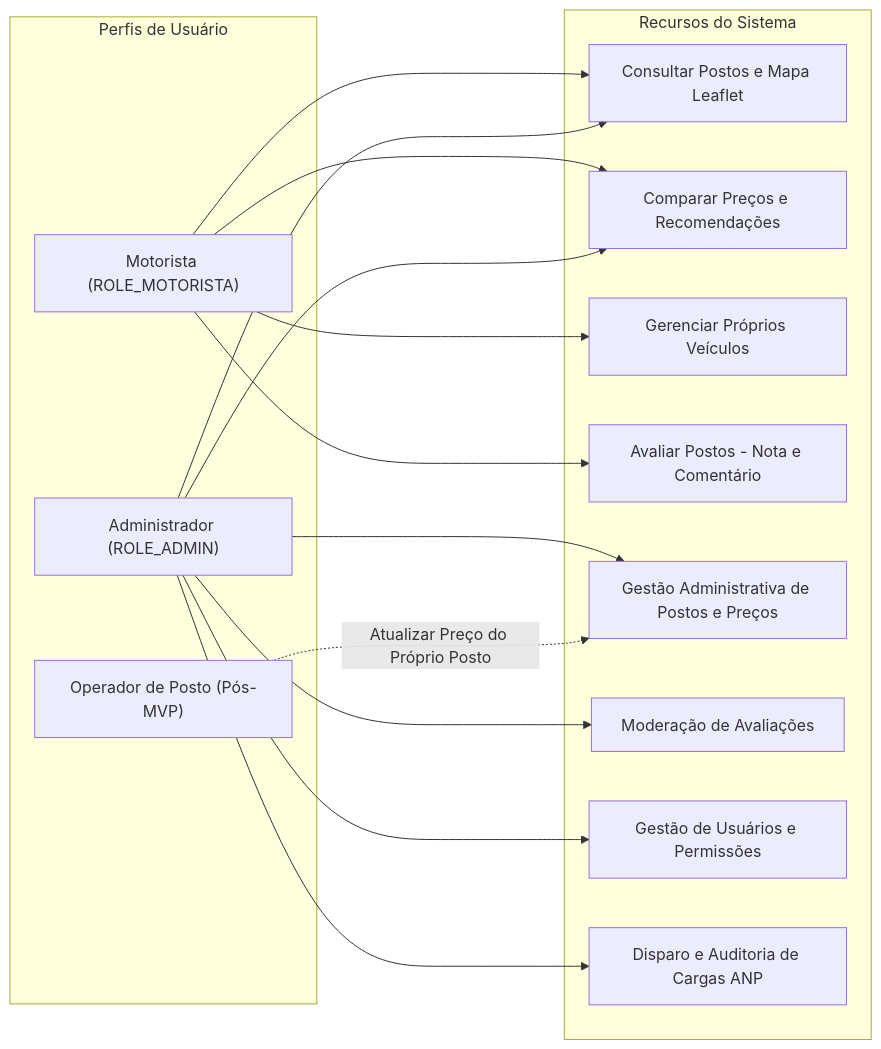
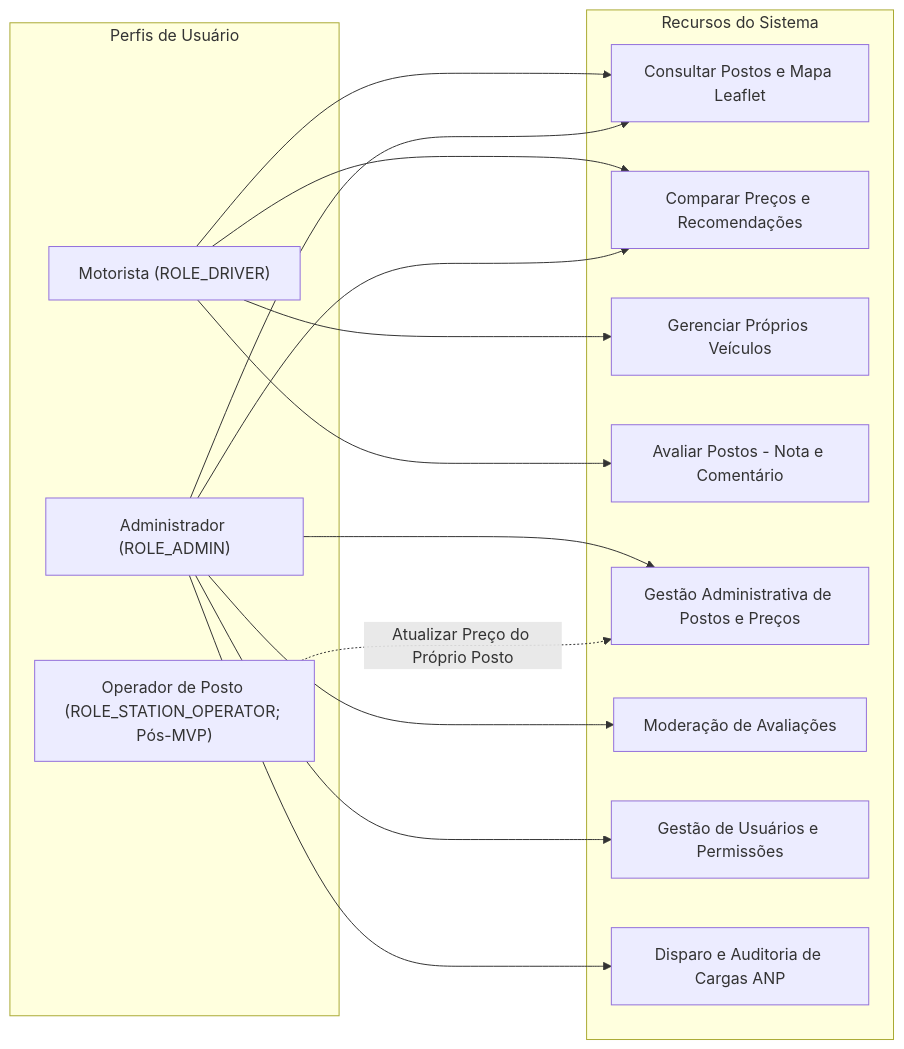
The first of 2 diagrams in .ai/business-rules.md (fuguharawillian/FuelFinder-), drawn with Mermaid before and after one commit. The commit also changed other lines of this file and 201 other files, not shown here.

````diff
--- a/.ai/business-rules.md
+++ b/.ai/business-rules.md
@@ -26,33 +36,33 @@
 ```mermaid
 flowchart LR
     subgraph PERFIS[Perfis de Usuário]
-        MOTORISTA["Motorista (ROLE_MOTORISTA)"]
+        DRIVER["Motorista (ROLE_DRIVER)"]
         ADMIN["Administrador (ROLE_ADMIN)"]
-        OPERADOR["Operador de Posto (Pós-MVP)"]
+        STATION_OPERATOR["Operador de Posto (ROLE_STATION_OPERATOR; Pós-MVP)"]
     end
 
     subgraph RECURSOS[Recursos do Sistema]
         R1[Consultar Postos e Mapa Leaflet]
         R2[Comparar Preços e Recomendações]
         R3[Gerenciar Próprios Veículos]
         R4[Avaliar Postos - Nota e Comentário]
         R5[Gestão Administrativa de Postos e Preços]
         R6[Moderação de Avaliações]
         R7[Gestão de Usuários e Permissões]
         R8[Disparo e Auditoria de Cargas ANP]
     end
 
-    MOTORISTA --> R1
-    MOTORISTA --> R2
-    MOTORISTA --> R3
-    MOTORISTA --> R4
+    DRIVER --> R1
+    DRIVER --> R2
+    DRIVER --> R3
+    DRIVER --> R4
 
     ADMIN --> R1
     ADMIN --> R2
     ADMIN --> R5
     ADMIN --> R6
     ADMIN --> R7
     ADMIN --> R8
 
-    OPERADOR -. Atualizar Preço do Próprio Posto .-> R5
+    STATION_OPERATOR -. Atualizar Preço do Próprio Posto .-> R5
 ```
````
